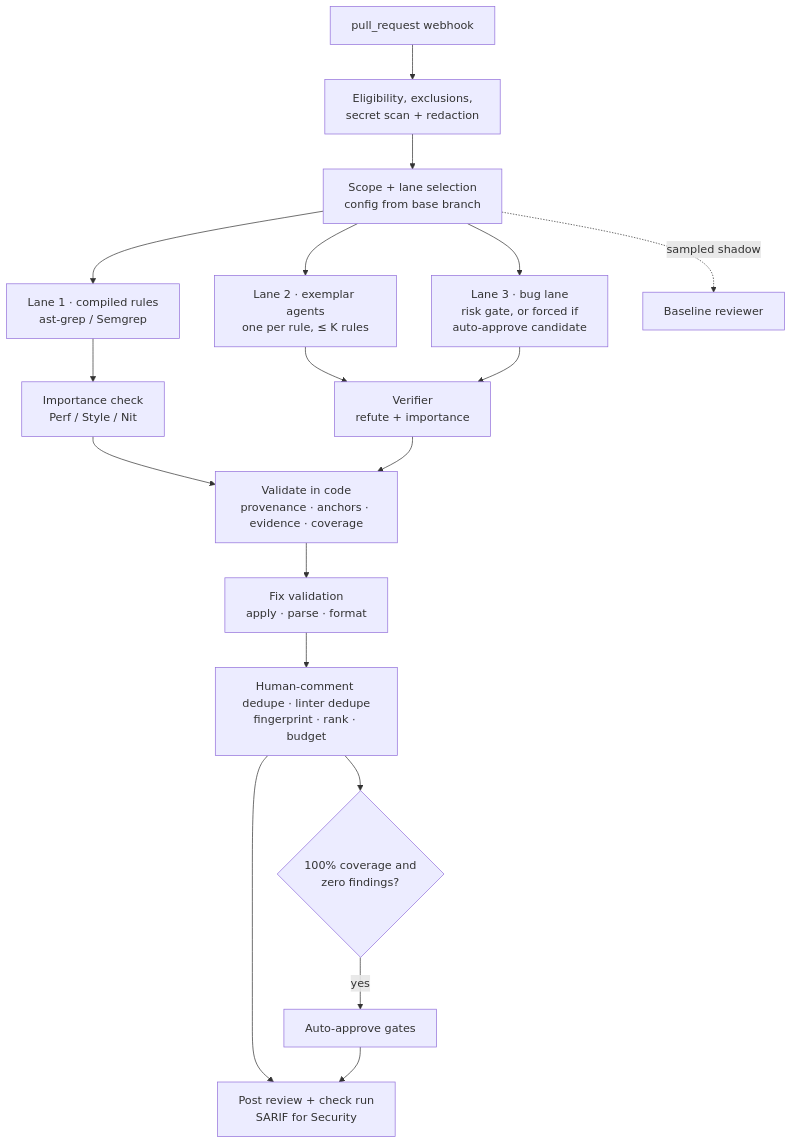
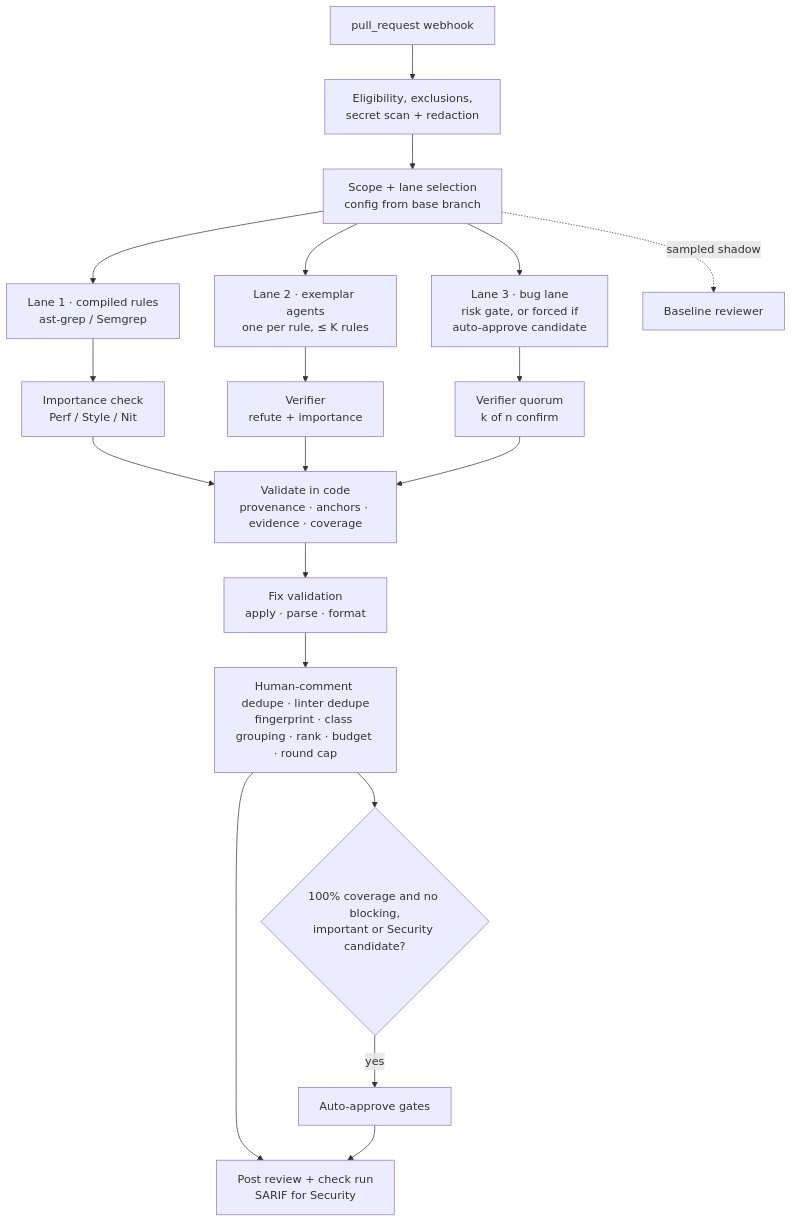
One commit to koblas/exemplar changed the seventh of 10 diagrams in docs/spec/technical-spec.md. Above: the diagram before and after it, drawn with Mermaid. The commit also changed other lines of this file and 2 other files, not shown here.

````diff
--- a/docs/spec/technical-spec.md
+++ b/docs/spec/technical-spec.md
@@ -537,20 +734,21 @@
 ```mermaid
 flowchart TB
   EV[pull_request webhook] --> EL[Eligibility, exclusions,<br/>secret scan + redaction]
   EL --> SC[Scope + lane selection<br/>config from base branch]
   SC --> L1[Lane 1 · compiled rules<br/>ast-grep / Semgrep]
   SC --> L2[Lane 2 · exemplar agents<br/>one per rule, ≤ K rules]
   SC --> L3[Lane 3 · bug lane<br/>risk gate, or forced if<br/>auto-approve candidate]
   SC -. sampled shadow .-> BL[Baseline reviewer]
   L1 --> IM[Importance check<br/>Perf / Style / Nit]
   L2 --> VF[Verifier<br/>refute + importance]
-  L3 --> VF
+  L3 --> VQ[Verifier quorum<br/>k of n confirm]
   IM --> VC[Validate in code<br/>provenance · anchors · evidence · coverage]
   VF --> VC
+  VQ --> VC
   VC --> FX[Fix validation<br/>apply · parse · format]
-  FX --> RK[Human-comment dedupe · linter dedupe<br/>fingerprint · rank · budget]
+  FX --> RK[Human-comment dedupe · linter dedupe<br/>fingerprint · class grouping · rank · budget · round cap]
   RK --> PO[Post review + check run<br/>SARIF for Security]
-  RK --> GT{100% coverage and<br/>zero findings?}
+  RK --> GT{100% coverage and no blocking,<br/>important or Security candidate?}
   GT -- yes --> AA[Auto-approve gates]
   AA --> PO
 ```
````
